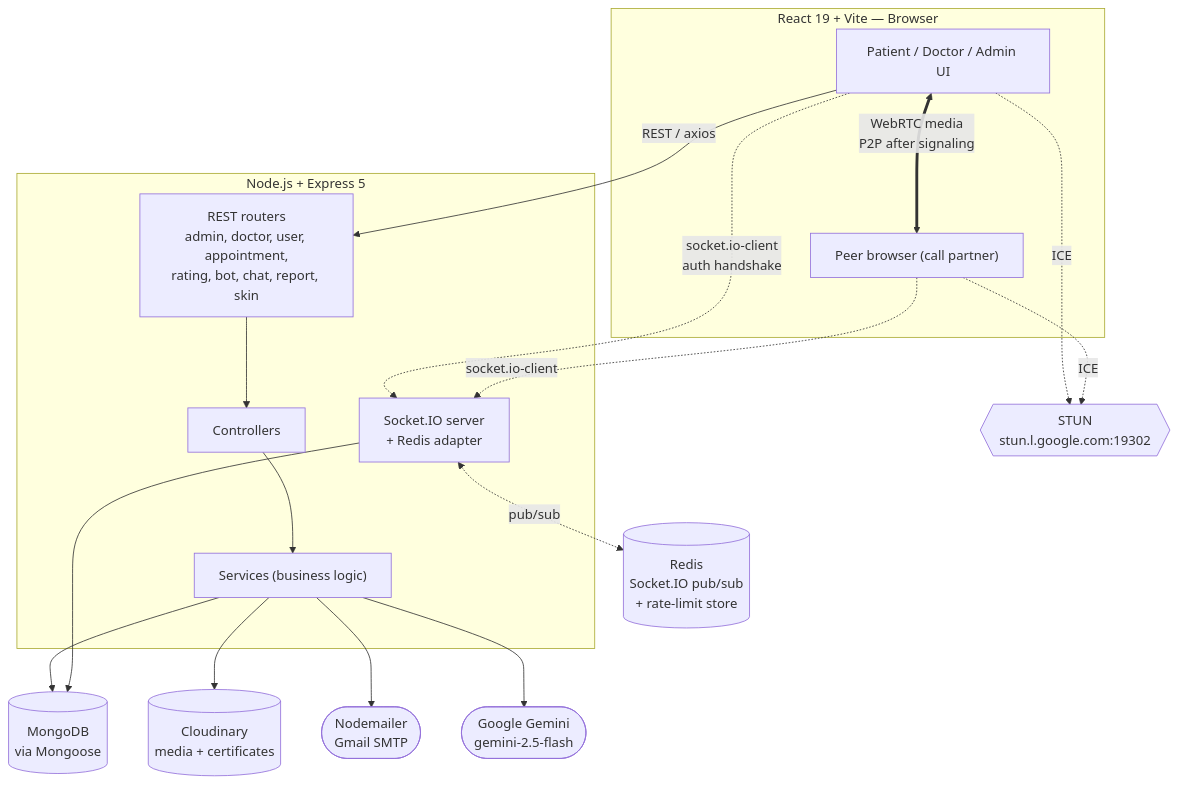
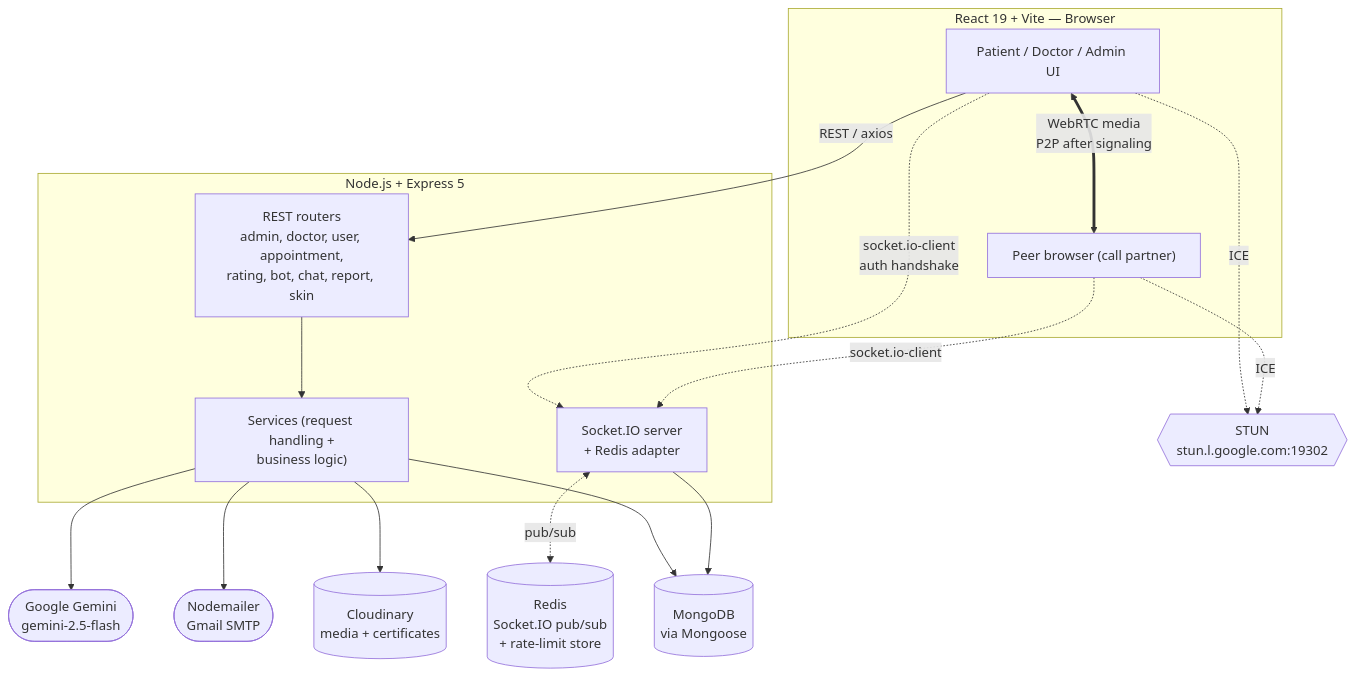
One commit to dolishaa29/healthcare_app changed the first of 12 diagrams in README.md. Above: the diagram before and after it, drawn with Mermaid. The commit also changed other lines of this file and 66 other files, not shown here.

````diff
--- a/README.md
+++ b/README.md
@@ -68,36 +68,35 @@
 ```mermaid
 flowchart TB
     subgraph Clients["React 19 + Vite — Browser"]
         C1["Patient / Doctor / Admin UI"]
         C2["Peer browser (call partner)"]
     end
 
     subgraph Server["Node.js + Express 5"]
         REST["REST routers<br/>admin, doctor, user, appointment,<br/>rating, bot, chat, report, skin"]
-        CTRL["Controllers"]
-        SVC["Services (business logic)"]
+        SVC["Services (request handling +<br/>business logic)"]
         SIO["Socket.IO server<br/>+ Redis adapter"]
     end
 
     DB[("MongoDB<br/>via Mongoose")]
     REDIS[("Redis<br/>Socket.IO pub/sub<br/>+ rate-limit store")]
     CLOUD[("Cloudinary<br/>media + certificates")]
     MAIL(["Nodemailer<br/>Gmail SMTP"])
     GEMINI(["Google Gemini<br/>gemini-2.5-flash"])
     STUN{{"STUN<br/>stun.l.google.com:19302"}}
 
     C1 -->|"REST / axios"| REST
-    REST --> CTRL --> SVC --> DB
+    REST --> SVC --> DB
     SVC --> CLOUD
     SVC --> MAIL
     SVC --> GEMINI
 
     C1 -.->|"socket.io-client<br/>auth handshake"| SIO
     C2 -.->|"socket.io-client"| SIO
     SIO --> DB
     SIO <-.->|"pub/sub"| REDIS
 
     C1 <==>|"WebRTC media<br/>P2P after signaling"| C2
     C1 -.->|"ICE"| STUN
     C2 -.->|"ICE"| STUN
 ```
````
